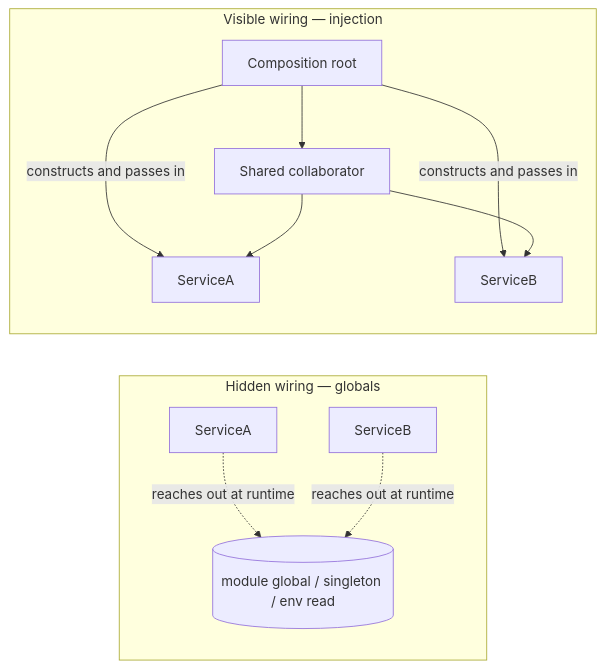
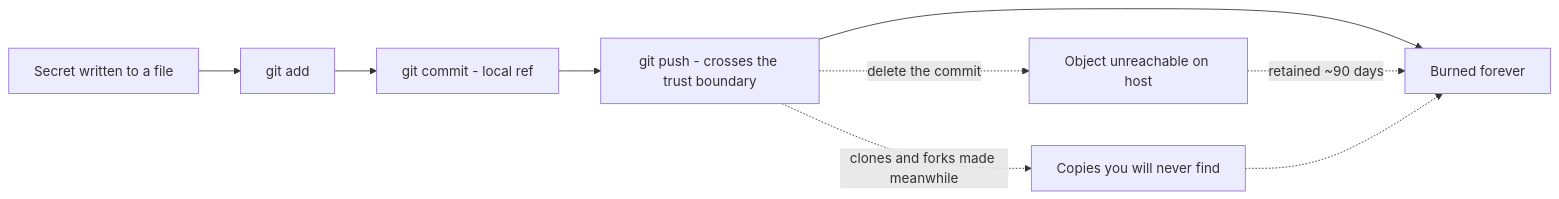
One commit to edhaynes/eds-rules changed the first of 7 diagrams in book/ch04.md. Above: the diagram before and after it, drawn with Mermaid. The commit also changed other lines of this file and 13 other files, not shown here.

````diff
--- a/book/ch04.md
+++ b/book/ch04.md
@@ -56,14 +16,11 @@
 ```mermaid
 flowchart LR
-    subgraph HIDDEN[Hidden wiring — globals]
-        A1[ServiceA] -.->|reaches out at runtime| G[(module global / singleton / env read)]
-        B1[ServiceB] -.->|reaches out at runtime| G
-    end
-    subgraph VISIBLE[Visible wiring — injection]
-        ROOT[Composition root] -->|constructs and passes in| A2[ServiceA]
-        ROOT -->|constructs and passes in| B2[ServiceB]
-        ROOT --> DEP[Shared collaborator]
-        DEP --> A2
-        DEP --> B2
-    end
+    A[Secret written to a file] --> B[git add]
+    B --> C[git commit - local ref]
+    C --> D[git push - crosses the trust boundary]
+    D --> E[Burned forever]
+    D -.->|delete the commit| F[Object unreachable on host]
+    F -.->|retained ~90 days| E
+    D -.->|clones and forks made meanwhile| G[Copies you will never find]
+    G -.-> E
 ```
````
